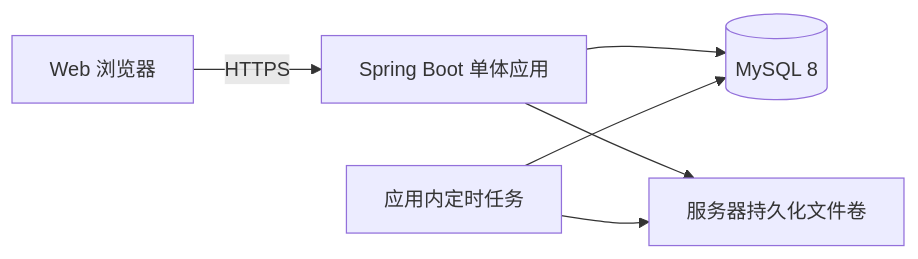
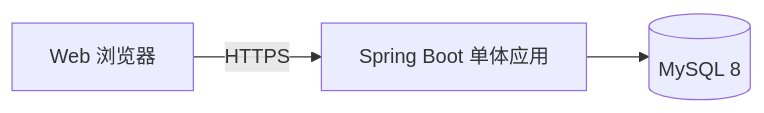
Before and after one commit to qiuxueqin/TimeClock: the diagram in memory-bank/backend-tech-stack-V1.0.md, drawn with Mermaid. The commit also changed other lines of this file and 36 other files, not shown here.

````diff
--- a/memory-bank/backend-tech-stack-V1.0.md
+++ b/memory-bank/backend-tech-stack-V1.0.md
@@ -34,8 +32,5 @@
 ```mermaid
 flowchart LR
     WEB["Web 浏览器"] -->|HTTPS| APP["Spring Boot 单体应用"]
     APP --> MYSQL[("MySQL 8")]
-    APP --> FILES["服务器持久化文件卷"]
-    SCHED["应用内定时任务"] --> MYSQL
-    SCHED --> FILES
 ```
````
